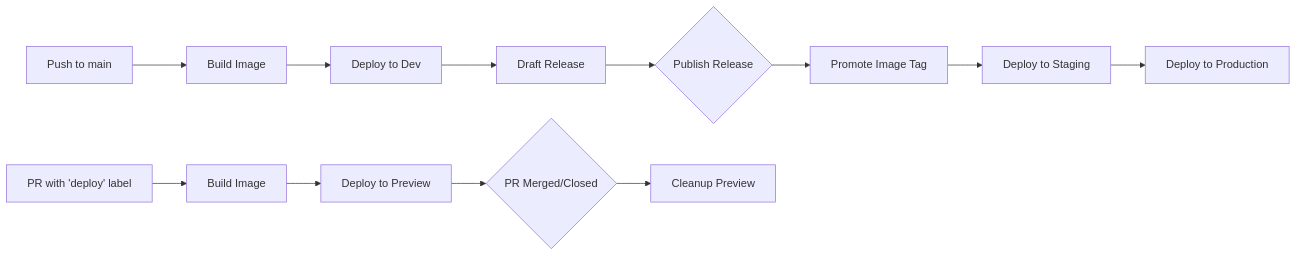
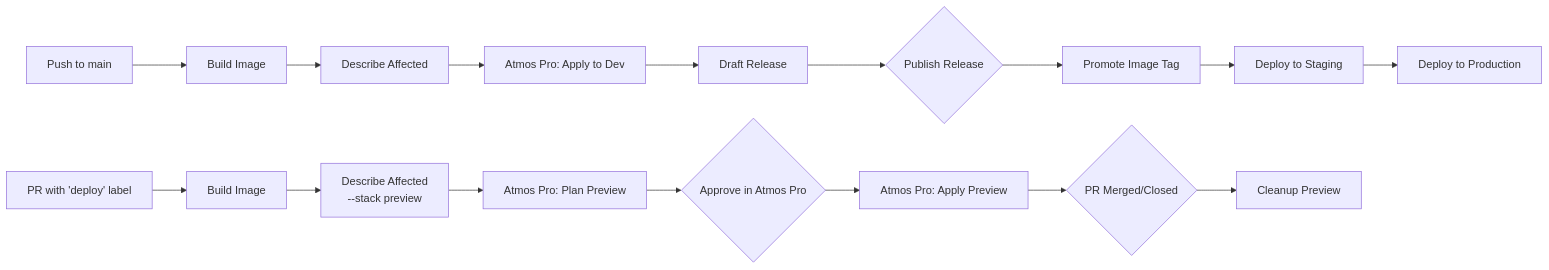
One commit to cloudposse-examples/atmos-pro-with-ecs changed the fourth of 4 diagrams in .github/workflows/README.md. Above: the diagram before and after it, drawn with Mermaid. The commit also changed other lines of this file and 15 other files, not shown here.

First line of the commit message:
Add Atmos Pro workflow integration (#1)

````diff
--- a/.github/workflows/README.md
+++ b/.github/workflows/README.md
@@ -92,15 +94,19 @@
 ```mermaid
 graph LR
     A[Push to main] --> B[Build Image]
-    B --> C[Deploy to Dev]
-    C --> D[Draft Release]
-    D --> E{Publish Release}
-    E --> F[Promote Image Tag]
-    F --> G[Deploy to Staging]
-    G --> H[Deploy to Production]
+    B --> C[Describe Affected]
+    C --> D[Atmos Pro: Apply to Dev]
+    D --> E[Draft Release]
+    E --> F{Publish Release}
+    F --> G[Promote Image Tag]
+    G --> H[Deploy to Staging]
+    H --> I[Deploy to Production]
 
-    I[PR with 'deploy' label] --> J[Build Image]
-    J --> K[Deploy to Preview]
-    K --> L{PR Merged/Closed}
-    L --> M[Cleanup Preview]
+    J[PR with 'deploy' label] --> K[Build Image]
+    K --> L[Describe Affected<br/>--stack preview]
+    L --> M[Atmos Pro: Plan Preview]
+    M --> N{Approve in Atmos Pro}
+    N --> O[Atmos Pro: Apply Preview]
+    O --> P{PR Merged/Closed}
+    P --> Q[Cleanup Preview]
 ```
````
